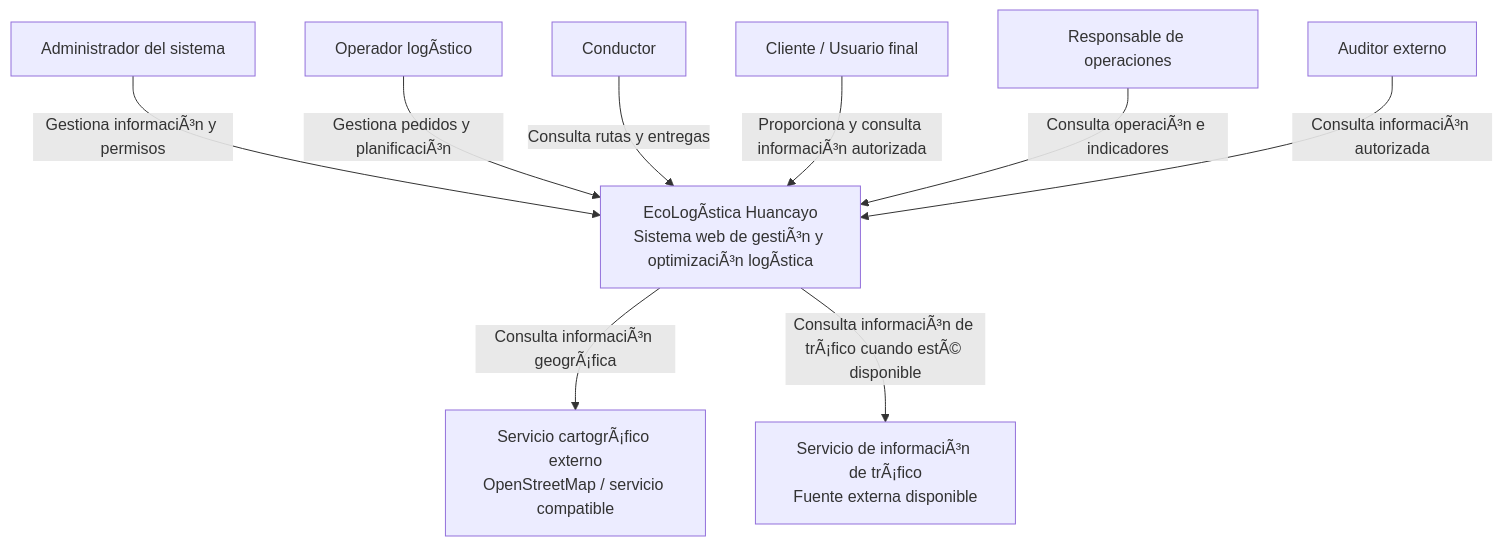
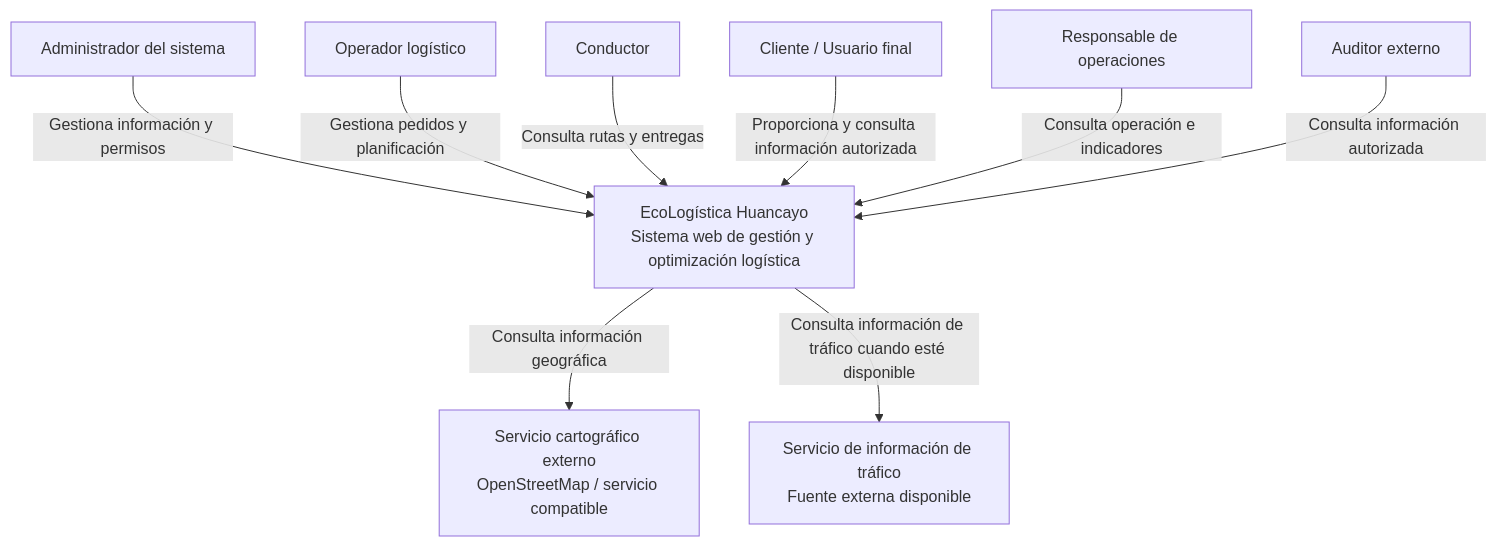
Before and after one commit to LeeoGold/EcoLogistics: the first of 5 diagrams in docs/01 Inicio/12. Modelo C4 V_1_1_0.md, drawn with Mermaid. The commit also changed other lines of this file and 12 other files, not shown here.

````diff
--- a/docs/01 Inicio/12. Modelo C4 V_1_1_0.md
+++ b/docs/01 Inicio/12. Modelo C4 V_1_1_0.md
@@ -55,24 +55,24 @@
 ```mermaid
 flowchart TD
     ADMIN["Administrador del sistema"]
-    OPERADOR["Operador logÃ­stico"]
+    OPERADOR["Operador logístico"]
     CONDUCTOR["Conductor"]
     CLIENTE["Cliente / Usuario final"]
     RESPONSABLE["Responsable de operaciones"]
     AUDITOR["Auditor externo"]
 
-    SISTEMA["EcoLogÃ­stica Huancayo<br/>Sistema web de gestiÃ³n y optimizaciÃ³n logÃ­stica"]
+    SISTEMA["EcoLogística Huancayo<br/>Sistema web de gestión y optimización logística"]
 
-    MAPAS["Servicio cartogrÃ¡fico externo<br/>OpenStreetMap / servicio compatible"]
-    TRAFICO["Servicio de informaciÃ³n de trÃ¡fico<br/>Fuente externa disponible"]
+    MAPAS["Servicio cartográfico externo<br/>OpenStreetMap / servicio compatible"]
+    TRAFICO["Servicio de información de tráfico<br/>Fuente externa disponible"]
 
-    ADMIN -->|"Gestiona informaciÃ³n y permisos"| SISTEMA
-    OPERADOR -->|"Gestiona pedidos y planificaciÃ³n"| SISTEMA
+    ADMIN -->|"Gestiona información y permisos"| SISTEMA
+    OPERADOR -->|"Gestiona pedidos y planificación"| SISTEMA
     CONDUCTOR -->|"Consulta rutas y entregas"| SISTEMA
-    CLIENTE -->|"Proporciona y consulta informaciÃ³n autorizada"| SISTEMA
-    RESPONSABLE -->|"Consulta operaciÃ³n e indicadores"| SISTEMA
-    AUDITOR -->|"Consulta informaciÃ³n autorizada"| SISTEMA
+    CLIENTE -->|"Proporciona y consulta información autorizada"| SISTEMA
+    RESPONSABLE -->|"Consulta operación e indicadores"| SISTEMA
+    AUDITOR -->|"Consulta información autorizada"| SISTEMA
 
-    SISTEMA -->|"Consulta informaciÃ³n geogrÃ¡fica"| MAPAS
-    SISTEMA -->|"Consulta informaciÃ³n de trÃ¡fico cuando estÃ© disponible"| TRAFICO
+    SISTEMA -->|"Consulta información geográfica"| MAPAS
+    SISTEMA -->|"Consulta información de tráfico cuando esté disponible"| TRAFICO
 ```
````
